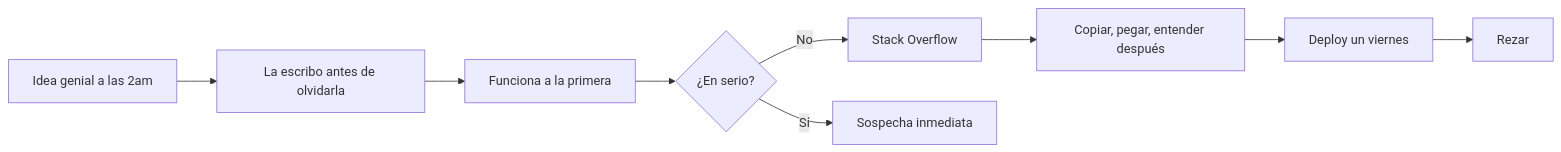
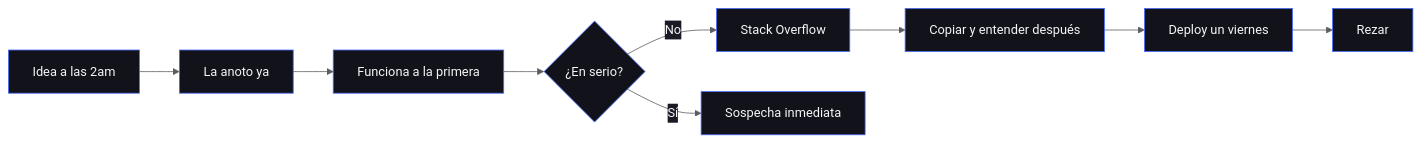
One commit to MilkDev-bit/MilkDev-bit changed the diagram in README.md. Above: the diagram before and after it, drawn with Mermaid. The commit also changed other lines of this file, not shown here.

````diff
--- a/README.md
+++ b/README.md
@@ -190,11 +171,12 @@
 ```mermaid
+%%{init: {'theme':'base', 'themeVariables': {'primaryColor':'#12121a','primaryTextColor':'#F5F5F7','primaryBorderColor':'#4C6FFF','lineColor':'#5C5C63','secondaryColor':'#1a1a24','tertiaryColor':'#12121a','fontFamily':'SF Mono, monospace'}}}%%
 graph LR
-    A[Idea genial a las 2am] --> B[La escribo antes de olvidarla]
+    A[Idea a las 2am] --> B[La anoto ya]
     B --> C[Funciona a la primera]
     C --> D{¿En serio?}
     D -->|No| E[Stack Overflow]
     D -->|Sí| F[Sospecha inmediata]
-    E --> G[Copiar, pegar, entender después]
+    E --> G[Copiar y entender después]
     G --> H[Deploy un viernes]
     H --> I[Rezar]
 ```
````
